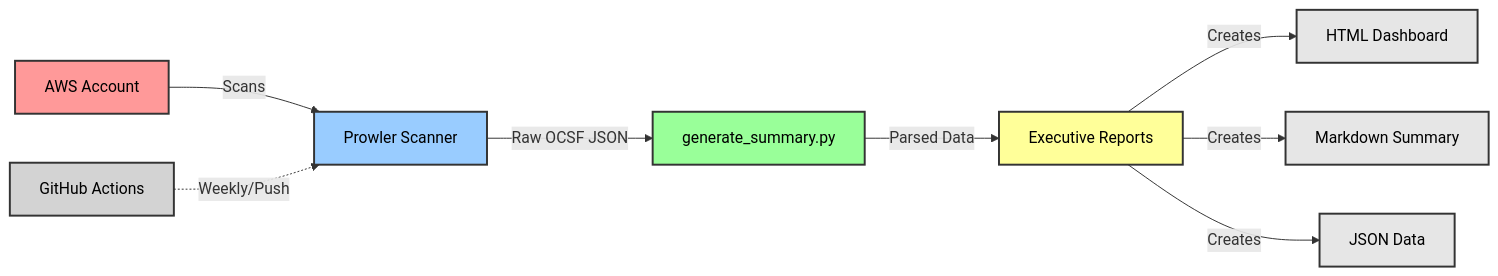
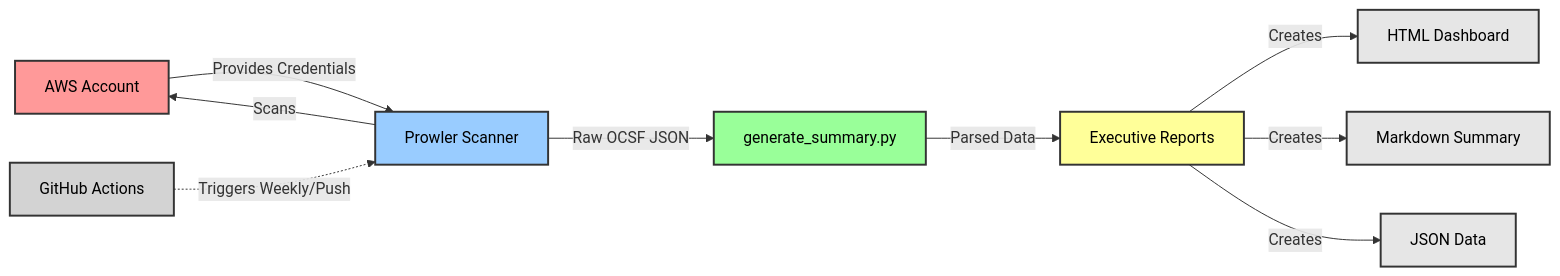
Before and after one commit to Taylorwaldo/cloud-banking-compliance-scanner: the diagram in README.md, drawn with Mermaid.

Commit message:
Update README.md - Mermaid
Prowler scans the AWS Account, not the other way around

````diff
--- a/README.md
+++ b/README.md
@@ -29,21 +29,22 @@
 ```mermaid
 flowchart LR
-    A[AWS Account] -->|Scans| B[Prowler Scanner]
+    A[AWS Account] -->|Provides Credentials| B[Prowler Scanner]
+    B -->|Scans| A
     B -->|Raw OCSF JSON| C[generate_summary.py]
     C -->|Parsed Data| D[Executive Reports]
     
     D -->|Creates| E[HTML Dashboard]
     D -->|Creates| F[Markdown Summary]
     D -->|Creates| G[JSON Data]
     
-    H[GitHub Actions] -.->|Weekly/Push| B
+    H[GitHub Actions] -.->|Triggers Weekly/Push| B
     
     style A fill:#ff9999,stroke:#333,stroke-width:2px,color:#000
     style B fill:#99ccff,stroke:#333,stroke-width:2px,color:#000
     style C fill:#99ff99,stroke:#333,stroke-width:2px,color:#000
     style D fill:#ffff99,stroke:#333,stroke-width:2px,color:#000
     style E fill:#e6e6e6,stroke:#333,stroke-width:2px,color:#000
     style F fill:#e6e6e6,stroke:#333,stroke-width:2px,color:#000
     style G fill:#e6e6e6,stroke:#333,stroke-width:2px,color:#000
     style H fill:#d3d3d3,stroke:#333,stroke-width:2px,color:#000
 ```
````
